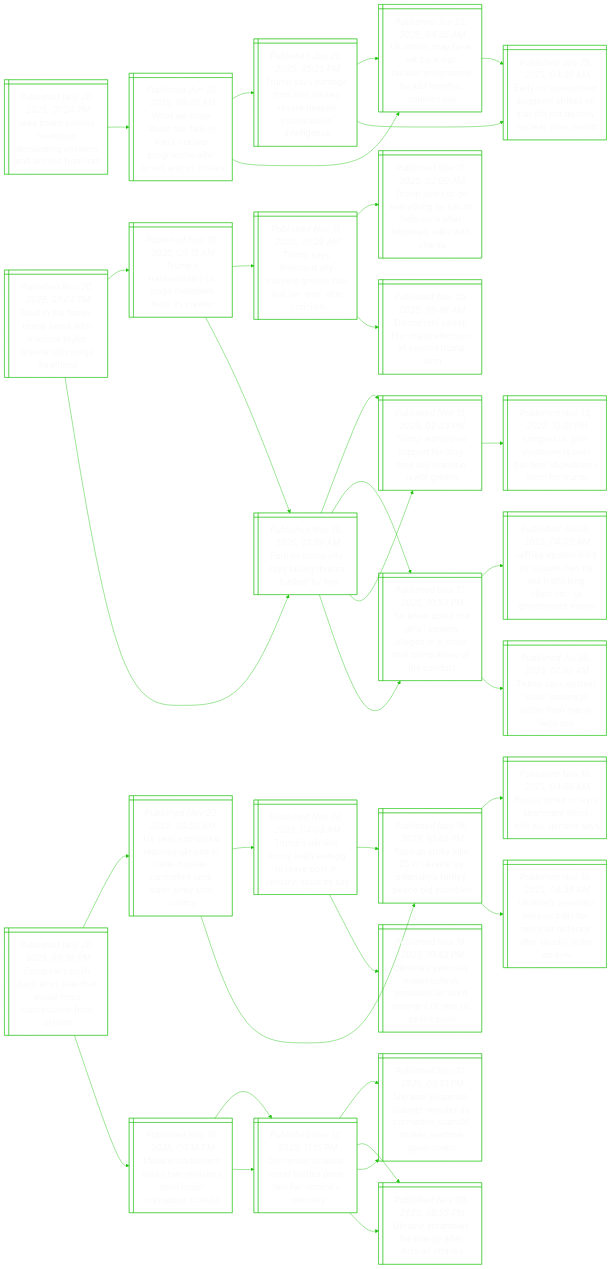
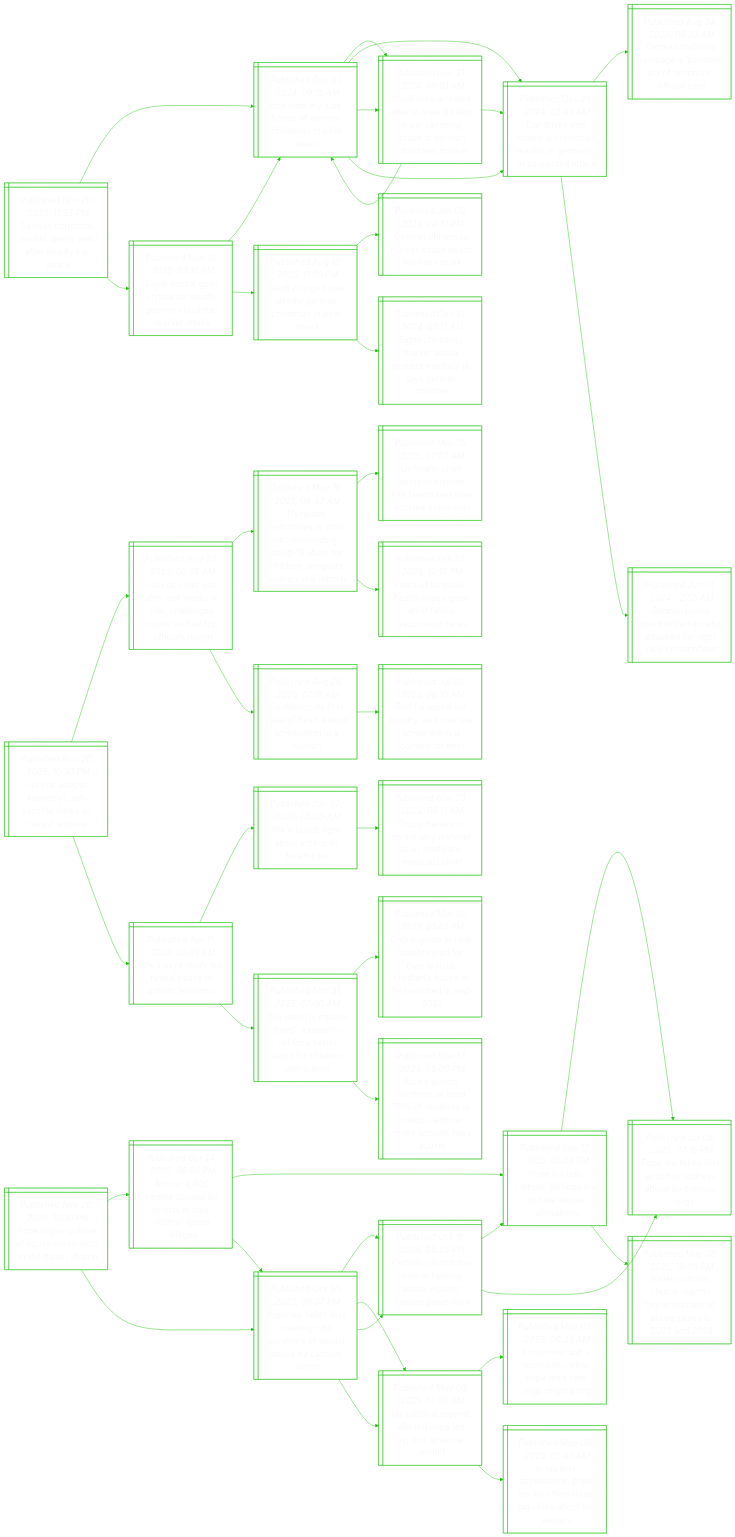
One commit to notJmes/notJmes changed the diagram in README.md. Above: the diagram before and after it, drawn with Mermaid. The commit also changed other lines of this file, not shown here.

````diff
--- a/README.md
+++ b/README.md
@@ -16,115 +16,136 @@
 flowchart LR
 classDef txtsize font-size:20px;
 
-Ioaruddnscfr@{ shape: win-pane, label: "_Published Nov 20, 2025, 07:24 PM_
-Iaea board passes resolution demanding answers and access from iran" }
-WeattrurraIlUi@{ shape: win-pane, label: "_Published Jun 27, 2025, 08:05 AM_
-What we know about the fate of iran’s nuclear programme after israeli and us strikes" }
-Tsafrrseicuilc@{ shape: win-pane, label: "_Published Jun 25, 2025, 05:25 PM_
-Trump says damage from iran strikes severe despite ‘inconclusive’ intelligence" }
-Uiaeaalrmjose@{ shape: win-pane, label: "_Published Jun 25, 2025, 04:45 AM_
-Us strikes may have set back iran nuclear programme by just months, sources say" }
-EUengserdeyetp@{ shape: win-pane, label: "_Published Jun 25, 2025, 04:35 AM_
-Early us assessment suggests strikes on iran did not destroy nuclear sites: report" }
-Uiaeaalrmjose@{ shape: win-pane, label: "_Published Jun 25, 2025, 04:45 AM_
-Us strikes may have set back iran nuclear programme by just months, sources say" }
-EUengserdeyetp@{ shape: win-pane, label: "_Published Jun 25, 2025, 04:35 AM_
-Early us assessment suggests strikes on iran did not destroy nuclear sites: report" }
+Gnsmtsadyt@{ shape: win-pane, label: "_Published Nov 20, 2025, 11:33 PM_
+German christmas market opens year after deadly car attack" }
+Trsoomrakt@{ shape: win-pane, label: "_Published Dec 21, 2024, 09:15 AM_
+‘torn from my side’: horror of german christmas market attack" }
+SmrdralnagceCta@{ shape: win-pane, label: "_Published Dec 21, 2024, 06:01 AM_
+Saudi man arrested after at least 2 killed in car ramming attack at german christmas market" }
+CinoCtaimneak@{ shape: win-pane, label: "_Published Dec 21, 2024, 03:42 AM_
+Car drives into crowd at christmas market in germany, in suspected attack" }
+Trsoomrakt@{ shape: win-pane, label: "_Published Dec 21, 2024, 09:15 AM_
+‘torn from my side’: horror of german christmas market attack" }
+CinoCtaimneak@{ shape: win-pane, label: "_Published Dec 21, 2024, 03:42 AM_
+Car drives into crowd at christmas market in germany, in suspected attack" }
+Gnbaesatrfas@{ shape: win-pane, label: "_Published Aug 24, 2024, 05:23 AM_
+German stabbing rampage a ‘possible act of terrorism’, official says" }
+Gncofwtdianh@{ shape: win-pane, label: "_Published Jun 01, 2024, 12:55 AM_
+German police shoot knifeman who attacked far-right rally in mannheim" }
+Sdroadyaisea@{ shape: win-pane, label: "_Published Nov 10, 2025, 03:16 PM_
+Saudi doctor goes on trial for deadly german christmas market attack" }
+Trsoomrakt@{ shape: win-pane, label: "_Published Dec 21, 2024, 09:15 AM_
+‘torn from my side’: horror of german christmas market attack" }
+SmrdralnagceCta@{ shape: win-pane, label: "_Published Dec 21, 2024, 06:01 AM_
+Saudi man arrested after at least 2 killed in car ramming attack at german christmas market" }
+CinoCtaimneak@{ shape: win-pane, label: "_Published Dec 21, 2024, 03:42 AM_
+Car drives into crowd at christmas market in germany, in suspected attack" }
+Scerlmrakt@{ shape: win-pane, label: "_Published Aug 19, 2025, 11:00 PM_
+Saudi charged over deadly german christmas market attack" }
+Gnsmtctlsx@{ shape: win-pane, label: "_Published Jan 06, 2025, 04:51 PM_
+German christmas market attack death toll rises to six" }
+SCtaakenyarie@{ shape: win-pane, label: "_Published Dec 31, 2024, 02:11 AM_
+Signs christmas market attack suspect mentally ill, says german minister" }
 
-Ioaruddnscfr:::txtsize --> WeattrurraIlUi:::txtsize
-WeattrurraIlUi:::txtsize --> Tsafrrseicuilc:::txtsize
-Tsafrrseicuilc:::txtsize --> Uiaeaalrmjose:::txtsize
-Tsafrrseicuilc:::txtsize --> EUengserdeyetp:::txtsize
-WeattrurraIlUi:::txtsize --> Uiaeaalrmjose:::txtsize
-Uiaeaalrmjose:::txtsize --> EUengserdeyetp:::txtsize
+Gnsmtsadyt:::txtsize --> Trsoomrakt:::txtsize
+Trsoomrakt:::txtsize --> SmrdralnagceCta:::txtsize
+SmrdralnagceCta:::txtsize --> CinoCtaimneak:::txtsize
+SmrdralnagceCta:::txtsize --> Trsoomrakt:::txtsize
+Trsoomrakt:::txtsize --> CinoCtaimneak:::txtsize
+CinoCtaimneak:::txtsize --> Gnbaesatrfas:::txtsize
+CinoCtaimneak:::txtsize --> Gncofwtdianh:::txtsize
+Gnsmtsadyt:::txtsize --> Sdroadyaisea:::txtsize
+Sdroadyaisea:::txtsize --> Trsoomrakt:::txtsize
+Trsoomrakt:::txtsize --> SmrdralnagceCta:::txtsize
+Trsoomrakt:::txtsize --> CinoCtaimneak:::txtsize
+Sdroadyaisea:::txtsize --> Scerlmrakt:::txtsize
+Scerlmrakt:::txtsize --> Gnsmtctlsx:::txtsize
+Scerlmrakt:::txtsize --> SCtaakenyarie:::txtsize
 
-FnaTbwaileoAan@{ shape: win-pane, label: "_Published Nov 20, 2025, 07:04 PM_
-Feud in the family: trump break with marjorie taylor greene jolts maga heartland" }
-TskeMewtco@{ shape: win-pane, label: "_Published Nov 18, 2025, 09:15 AM_
-Trump’s frankenstein? us maga meltdown tests its creator" }
-TsialjGeorfri@{ shape: win-pane, label: "_Published Nov 11, 2025, 07:29 AM_
-Trump says firebrand ally marjorie greene has ‘lost her way’ after criticism" }
-Tvoeichyfarkha@{ shape: win-pane, label: "_Published Nov 11, 2025, 02:09 AM_
-Trump vows to do everything he can to help syria after landmark talks with sharaa" }
-Drwialosdp@{ shape: win-pane, label: "_Published Nov 05, 2025, 09:46 AM_
-Democrats sweep first major elections of second trump term" }
-Frpsattly@{ shape: win-pane, label: "_Published Nov 16, 2025, 07:29 AM_
-Former trump ally says facing threats ‘fuelled’ by him" }
-TwrutomyoaGe@{ shape: win-pane, label: "_Published Nov 15, 2025, 02:43 PM_
-Trump withdraws support for long-time ally marjorie taylor greene" }
-HwtipngesTkfot@{ shape: win-pane, label: "_Published Nov 12, 2025, 10:53 PM_
-‘he knew about the girls’: epstein alleged in e-mails that trump knew of his conduct" }
-Frpsattly@{ shape: win-pane, label: "_Published Nov 16, 2025, 07:29 AM_
-Former trump ally says facing threats ‘fuelled’ by him" }
-TwrutomyoaGe@{ shape: win-pane, label: "_Published Nov 15, 2025, 02:43 PM_
-Trump withdraws support for long-time ally marjorie taylor greene" }
-Lsounenonmr@{ shape: win-pane, label: "_Published Nov 13, 2025, 12:01 PM_
-Longest us govt shutdown is over but new showdowns loom for trump" }
-HwtipngesTkfot@{ shape: win-pane, label: "_Published Nov 12, 2025, 10:53 PM_
-‘he knew about the girls’: epstein alleged in e-mails that trump knew of his conduct" }
-Jetisdntigntvem@{ shape: win-pane, label: "_Published Jul 08, 2025, 04:02 AM_
-Jeffrey epstein died by suicide, has no sex trafficking ‘client list’: us government memo" }
-Tspnerifag@{ shape: win-pane, label: "_Published Jul 30, 2025, 07:45 AM_
-Trump says epstein ‘stole’ underage victim from mar-a-lago spa" }
+Uasencvoab@{ shape: win-pane, label: "_Published Nov 20, 2025, 10:30 PM_
+Us cdc adopts kennedy’s anti-vaccine views on recast website" }
+Ucotskoagsstfli@{ shape: win-pane, label: "_Published Aug 28, 2025, 08:08 AM_
+Us cdc chief out after just weeks in role, challenges ouster as four top officials resign" }
+Ulttormnitcretnes@{ shape: win-pane, label: "_Published May 16, 2025, 06:40 AM_
+Us health authorities to stop recommending covid-19 shots for children, pregnant women, wsj reports" }
+Ulincehaoaee@{ shape: win-pane, label: "_Published May 15, 2025, 07:27 AM_
+Us health chief kennedy clashes with lawmakers over vaccine comments" }
+Fouhhewfncit@{ shape: win-pane, label: "_Published Feb 25, 2025, 12:10 PM_
+Fears of us public health crises grow amid falling vaccination rates" }
+Uetseetcoan@{ shape: win-pane, label: "_Published Aug 25, 2025, 07:15 AM_
+Us detects its first case of flesh-eating screwworm in a human" }
+Bleprnewiir@{ shape: win-pane, label: "_Published Jul 30, 2025, 08:10 AM_
+Bird flu wiped out poultry, and now the screw worm is coming for beef" }
+Rstivafsd@{ shape: win-pane, label: "_Published Apr 11, 2025, 07:39 AM_
+Rfk jr says study will reveal cause of autism ‘epidemic’" }
+Rifttiec@{ shape: win-pane, label: "_Published Jan 02, 2025, 05:00 AM_
+Rfk jr is half right about american healthcare" }
+TnTsihzdech@{ shape: win-pane, label: "_Published Nov 20, 2024, 08:11 AM_
+Trump names tv personality mehmet oz as medicare, medicaid chief" }
+Tosleptlbrdhehs@{ shape: win-pane, label: "_Published Mar 31, 2025, 07:00 AM_
+‘this world is equally theirs’: a parent’s call for a better world for children with autism" }
+Oeelelrrshetoudd@{ shape: win-pane, label: "_Published Mar 27, 2025, 01:45 PM_
+Online guide to help parents plan for their autistic children’s future to be launched in end-2025" }
+RgsbttusniCeovi@{ shape: win-pane, label: "_Published Nov 17, 2024, 05:00 PM_
+Rising autism numbers: at least 70% of students in minds, rainbow centre schools have autism" }
 
-FnaTbwaileoAan:::txtsize --> TskeMewtco:::txtsize
-TskeMewtco:::txtsize --> TsialjGeorfri:::txtsize
-TsialjGeorfri:::txtsize --> Tvoeichyfarkha:::txtsize
-TsialjGeorfri:::txtsize --> Drwialosdp:::txtsize
-TskeMewtco:::txtsize --> Frpsattly:::txtsize
-Frpsattly:::txtsize --> TwrutomyoaGe:::txtsize
-Frpsattly:::txtsize --> HwtipngesTkfot:::txtsize
-FnaTbwaileoAan:::txtsize --> Frpsattly:::txtsize
-Frpsattly:::txtsize --> TwrutomyoaGe:::txtsize
-TwrutomyoaGe:::txtsize --> Lsounenonmr:::txtsize
-Frpsattly:::txtsize --> HwtipngesTkfot:::txtsize
-HwtipngesTkfot:::txtsize --> Jetisdntigntvem:::txtsize
-HwtipngesTkfot:::txtsize --> Tspnerifag:::txtsize
+Uasencvoab:::txtsize --> Ucotskoagsstfli:::txtsize
+Ucotskoagsstfli:::txtsize --> Ulttormnitcretnes:::txtsize
+Ulttormnitcretnes:::txtsize --> Ulincehaoaee:::txtsize
+Ulttormnitcretnes:::txtsize --> Fouhhewfncit:::txtsize
+Ucotskoagsstfli:::txtsize --> Uetseetcoan:::txtsize
+Uetseetcoan:::txtsize --> Bleprnewiir:::txtsize
+Uasencvoab:::txtsize --> Rstivafsd:::txtsize
+Rstivafsd:::txtsize --> Rifttiec:::txtsize
+Rifttiec:::txtsize --> TnTsihzdech:::txtsize
+Rstivafsd:::txtsize --> Tosleptlbrdhehs:::txtsize
+Tosleptlbrdhehs:::txtsize --> Oeelelrrshetoudd:::txtsize
+Tosleptlbrdhehs:::txtsize --> RgsbttusniCeovi:::txtsize
 
-EeucStooosfke@{ shape: win-pane, label: "_Published Nov 20, 2025, 06:38 PM_
-Europeans push back at us plan that would force concessions from ukraine" }
-UcprrrteinlnsySe@{ shape: win-pane, label: "_Published Nov 20, 2025, 04:50 AM_
-Us peace proposal requires ukraine to cede russian-controlled land, slash army size: source" }
-Tsiviltvtnse@{ shape: win-pane, label: "_Published Nov 20, 2025, 04:03 AM_
-Trump’s ukraine envoy keith kellogg to leave post in january, sources say" }
-RailUnekreim@{ shape: win-pane, label: "_Published Nov 19, 2025, 10:46 PM_
-Russian strike kills 25 in ukraine as zelensky’s turkey peace bid stumbles" }
-UnlysienoeoUch@{ shape: win-pane, label: "_Published Nov 19, 2025, 10:48 PM_
-Ukraine’s zelensky meets turkish president as word emerges of new us peace push" }
-RailUnekreim@{ shape: win-pane, label: "_Published Nov 19, 2025, 10:46 PM_
-Russian strike kills 25 in ukraine as zelensky’s turkey peace bid stumbles" }
-RakyanclUns@{ shape: win-pane, label: "_Published Nov 15, 2025, 04:56 AM_
-Russia strike on kyiv apartment block kills six, ukraine says" }
-Unlywlmiefesei@{ shape: win-pane, label: "_Published Nov 16, 2025, 04:39 AM_
-Ukraine’s zelensky renews calls for more air defence after deadly strike on kyiv" }
-Unlnkmtmjria@{ shape: win-pane, label: "_Published Nov 19, 2025, 09:14 PM_
-Ukraine parliament sacks two ministers amid major corruption scandal" }
-CpsartosUnly@{ shape: win-pane, label: "_Published Nov 12, 2025, 11:15 PM_
-Corruption scandal, court battles pose test for ukraine’s zelensky" }
-UnpCeiaronhwmen@{ shape: win-pane, label: "_Published Nov 12, 2025, 08:51 PM_
-Ukraine suspends cabinet minister as corruption scandal shakes wartime government" }
-UnasnaRaa@{ shape: win-pane, label: "_Published Nov 09, 2025, 08:55 PM_
-Ukraine scrambles for energy after russian attacks" }
-CpsartosUnly@{ shape: win-pane, label: "_Published Nov 12, 2025, 11:15 PM_
-Corruption scandal, court battles pose test for ukraine’s zelensky" }
-UnpCeiaronhwmen@{ shape: win-pane, label: "_Published Nov 12, 2025, 08:51 PM_
-Ukraine suspends cabinet minister as corruption scandal shakes wartime government" }
-UnasnaRaa@{ shape: win-pane, label: "_Published Nov 09, 2025, 08:55 PM_
-Ukraine scrambles for energy after russian attacks" }
+PrueueitaCh@{ shape: win-pane, label: "_Published Nov 20, 2025, 10:10 PM_
+Pope urges ‘culture of abuse prevention’ in the italian church" }
+Atlspttispg@{ shape: win-pane, label: "_Published Oct 24, 2025, 06:05 PM_
+Almost 4,400 people abused by priests in italy, victims’ group alleges" }
+Pelhbpteegn@{ shape: win-pane, label: "_Published Sep 12, 2025, 05:28 PM_
+Pope leo tells catholic bishops not to hide abuse allegations" }
+Peesiassair@{ shape: win-pane, label: "_Published Jul 05, 2025, 07:16 PM_
+Pope leo takes first action to address abuse by catholic clergy" }
+IahChrguosen@{ shape: win-pane, label: "_Published May 28, 2025, 10:09 PM_
+Italian catholic church reports higher number of abuse cases in 2023 and 2024" }
+Pedstirreabhcy@{ shape: win-pane, label: "_Published Oct 20, 2025, 09:07 PM_
+Pope leo holds first meeting with survivors of sexual abuse by catholic clergy" }
+Cluowlavmiaa@{ shape: win-pane, label: "_Published Oct 16, 2025, 05:35 PM_
+Catholic church too slow in helping abuse victims, vatican panel says" }
+UdPscooimat@{ shape: win-pane, label: "_Published May 09, 2025, 12:09 AM_
+Us cardinal prevost elected pope leo xiv, first american pontiff" }
+Pedstirreabhcy@{ shape: win-pane, label: "_Published Oct 20, 2025, 09:07 PM_
+Pope leo holds first meeting with survivors of sexual abuse by catholic clergy" }
+Cluowlavmiaa@{ shape: win-pane, label: "_Published Oct 16, 2025, 05:35 PM_
+Catholic church too slow in helping abuse victims, vatican panel says" }
+Pelhbpteegn@{ shape: win-pane, label: "_Published Sep 12, 2025, 05:28 PM_
+Pope leo tells catholic bishops not to hide abuse allegations" }
+Peesiassair@{ shape: win-pane, label: "_Published Jul 05, 2025, 07:16 PM_
+Pope leo takes first action to address abuse by catholic clergy" }
+UdPscooimat@{ shape: win-pane, label: "_Published May 09, 2025, 12:09 AM_
+Us cardinal prevost elected pope leo xiv, first american pontiff" }
+Arnclaenigi@{ shape: win-pane, label: "_Published May 09, 2025, 06:49 AM_
+A reformer and a reconciler: what pope leo’s new reign might bring" }
+IfarPeoselbia@{ shape: win-pane, label: "_Published May 09, 2025, 03:40 AM_
+In his first appearance, pope leo xiv offers three big clues about his papacy" }
 
-EeucStooosfke:::txtsize --> UcprrrteinlnsySe:::txtsize
-UcprrrteinlnsySe:::txtsize --> Tsiviltvtnse:::txtsize
-Tsiviltvtnse:::txtsize --> RailUnekreim:::txtsize
-Tsiviltvtnse:::txtsize --> UnlysienoeoUch:::txtsize
-UcprrrteinlnsySe:::txtsize --> RailUnekreim:::txtsize
-RailUnekreim:::txtsize --> RakyanclUns:::txtsize
-RailUnekreim:::txtsize --> Unlywlmiefesei:::txtsize
-EeucStooosfke:::txtsize --> Unlnkmtmjria:::txtsize
-Unlnkmtmjria:::txtsize --> CpsartosUnly:::txtsize
-CpsartosUnly:::txtsize --> UnpCeiaronhwmen:::txtsize
-CpsartosUnly:::txtsize --> UnasnaRaa:::txtsize
-Unlnkmtmjria:::txtsize --> CpsartosUnly:::txtsize
-CpsartosUnly:::txtsize --> UnpCeiaronhwmen:::txtsize
-CpsartosUnly:::txtsize --> UnasnaRaa:::txtsize
+PrueueitaCh:::txtsize --> Atlspttispg:::txtsize
+Atlspttispg:::txtsize --> Pelhbpteegn:::txtsize
+Pelhbpteegn:::txtsize --> Peesiassair:::txtsize
+Pelhbpteegn:::txtsize --> IahChrguosen:::txtsize
+Atlspttispg:::txtsize --> Pedstirreabhcy:::txtsize
+Pedstirreabhcy:::txtsize --> Cluowlavmiaa:::txtsize
+Pedstirreabhcy:::txtsize --> UdPscooimat:::txtsize
+PrueueitaCh:::txtsize --> Pedstirreabhcy:::txtsize
+Pedstirreabhcy:::txtsize --> Cluowlavmiaa:::txtsize
+Cluowlavmiaa:::txtsize --> Pelhbpteegn:::txtsize
+Cluowlavmiaa:::txtsize --> Peesiassair:::txtsize
+Pedstirreabhcy:::txtsize --> UdPscooimat:::txtsize
+UdPscooimat:::txtsize --> Arnclaenigi:::txtsize
+UdPscooimat:::txtsize --> IfarPeoselbia:::txtsize
 
 ```
````
